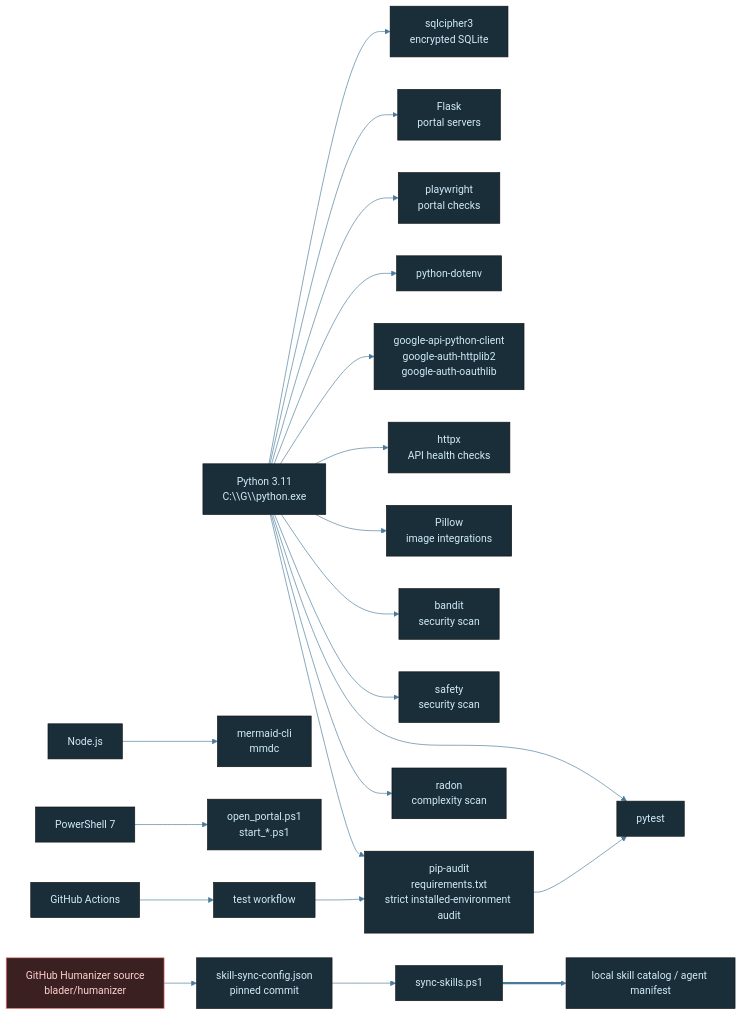
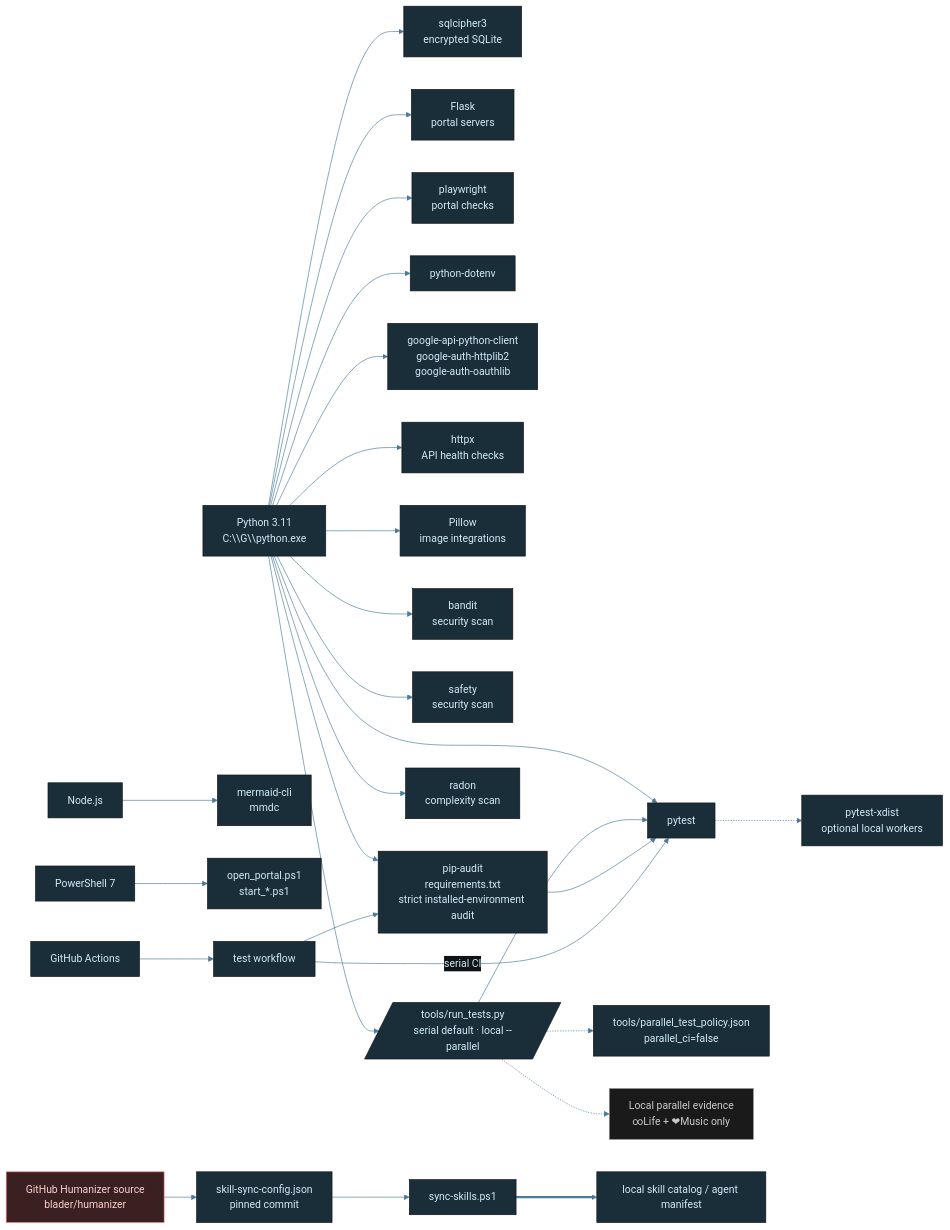
The diagram in diagrams/workspace-tech-stack.mmd (tylerdrakemusic/-Workspace), drawn with Mermaid before and after one commit. The commit also changed 14 other files, not shown here.

Commit message:
⊕ workspace: package parallel test execution

```diff
--- a/diagrams/workspace-tech-stack.mmd
+++ b/diagrams/workspace-tech-stack.mmd
@@ -1,34 +1,41 @@
 %%{init: {'theme': 'base', 'themeVariables': {'primaryColor': '#1a2e3a', 'primaryTextColor': '#d0ecf8', 'edgeLabelBackground': '#0f1318', 'lineColor': '#4a7a9a'}}}%%
 graph LR
     Python[Python 3.11<br/>C:\\G\\python.exe] --> SQLCipher[sqlcipher3<br/>encrypted SQLite]
     Python --> Pytest[pytest]
     Python --> Flask[Flask<br/>portal servers]
     Python --> Playwright[playwright<br/>portal checks]
     Python --> Dotenv[python-dotenv]
     Python --> GoogleAPI[google-api-python-client<br/>google-auth-httplib2<br/>google-auth-oauthlib]
     Python --> Httpx[httpx<br/>API health checks]
     Python --> Pillow[Pillow<br/>image integrations]
     Python --> Bandit[bandit<br/>security scan]
     Python --> Safety[safety<br/>security scan]
     Python --> PipAudit[pip-audit<br/>requirements.txt<br/>strict installed-environment audit]
     Python --> Radon[radon<br/>complexity scan]
+    Python --> TestRunner[/tools/run_tests.py<br/>serial default · local --parallel/]
+    TestRunner --> Pytest
+    TestRunner -.-> TestPolicy[tools/parallel_test_policy.json<br/>parallel_ci=false]
+    Pytest -.-> Xdist[pytest-xdist<br/>optional local workers]
+    TestRunner -.-> ParallelEvidence[Local parallel evidence<br/>∞Life + ❤Music only]
     Node[Node.js] --> Mmdc[mermaid-cli<br/>mmdc]
     PowerShell[PowerShell 7] --> LaunchScripts[open_portal.ps1<br/>start_*.ps1]
     GitHub[GitHub Actions] --> CI_Tests[test workflow]
     CI_Tests --> PipAudit --> Pytest
+    CI_Tests -->|serial CI| Pytest
     HumanizerSource[GitHub Humanizer source<br/>blader/humanizer] --> SkillSyncConfig[skill-sync-config.json<br/>pinned commit]
     SkillSyncConfig --> SkillSyncScript[sync-skills.ps1]
     SkillSyncScript ==> LocalSkillCatalog[local skill catalog / agent manifest]
     class Python,Node,PowerShell lang
-    class SQLCipher,Pytest,Flask,Playwright,Dotenv,Mmdc,LaunchScripts,GitHub,CI_Tests,GoogleAPI,Httpx,Pillow,Bandit,Safety,PipAudit,Radon,SkillSyncConfig,SkillSyncScript,LocalSkillCatalog tool
+    class SQLCipher,Pytest,TestRunner,TestPolicy,Xdist,Flask,Playwright,Dotenv,Mmdc,LaunchScripts,GitHub,CI_Tests,GoogleAPI,Httpx,Pillow,Bandit,Safety,PipAudit,Radon,SkillSyncConfig,SkillSyncScript,LocalSkillCatalog tool
+    class ParallelEvidence state
     class HumanizerSource ext
 
 classDef life     fill:#1a2e3a,stroke:#6ab4d4,color:#d0ecf8
 classDef music    fill:#3a1a24,stroke:#d47a8f,color:#f8d0dc
 classDef quantum  fill:#251a3a,stroke:#a07adf,color:#e8d0f8
 classDef manifest fill:#3a2e1a,stroke:#d4a96a,color:#f8ead0
 classDef ws       fill:#1a3a30,stroke:#6ad4b4,color:#d0f8ee
 classDef tyler    fill:#2a1a3a,stroke:#9e4aff,color:#fff
 classDef ext      fill:#3a2020,stroke:#ff7a7a,color:#ffd0d0
 classDef db       fill:#3a3010,stroke:#d4c050,color:#f8f0c0
 classDef state    fill:#1a1a1a,stroke:#888888,color:#cccccc
```
